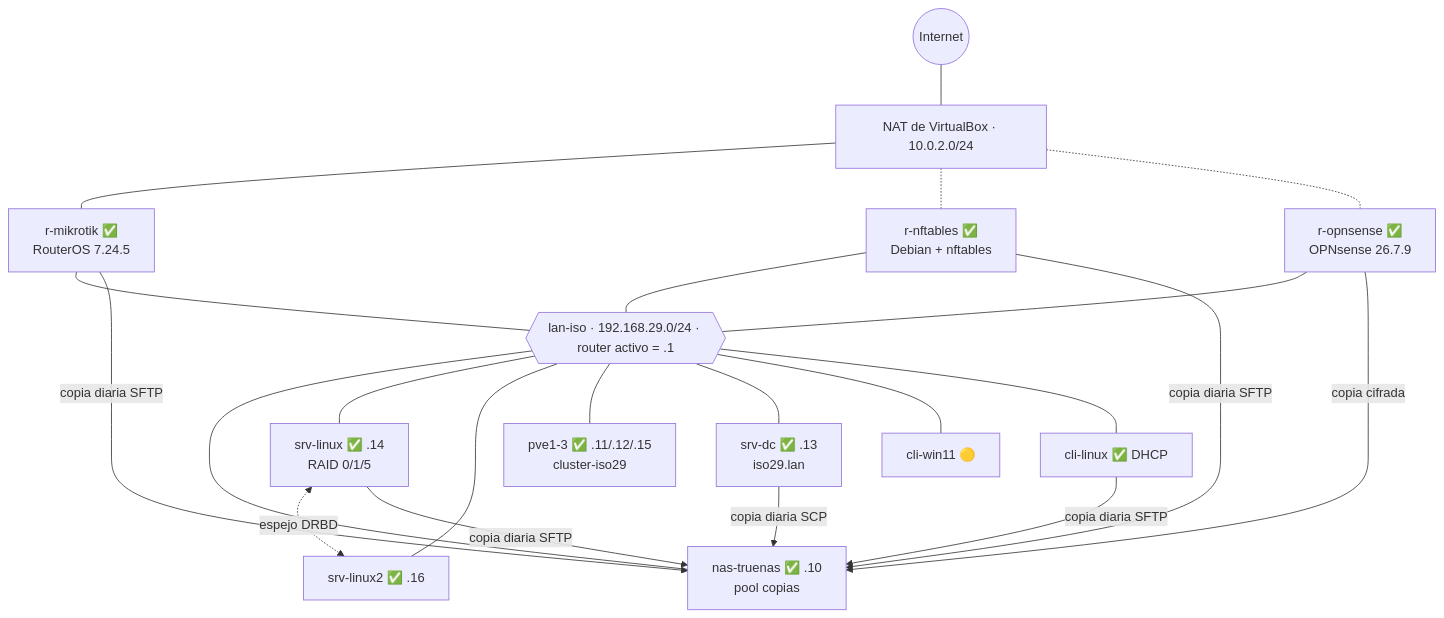
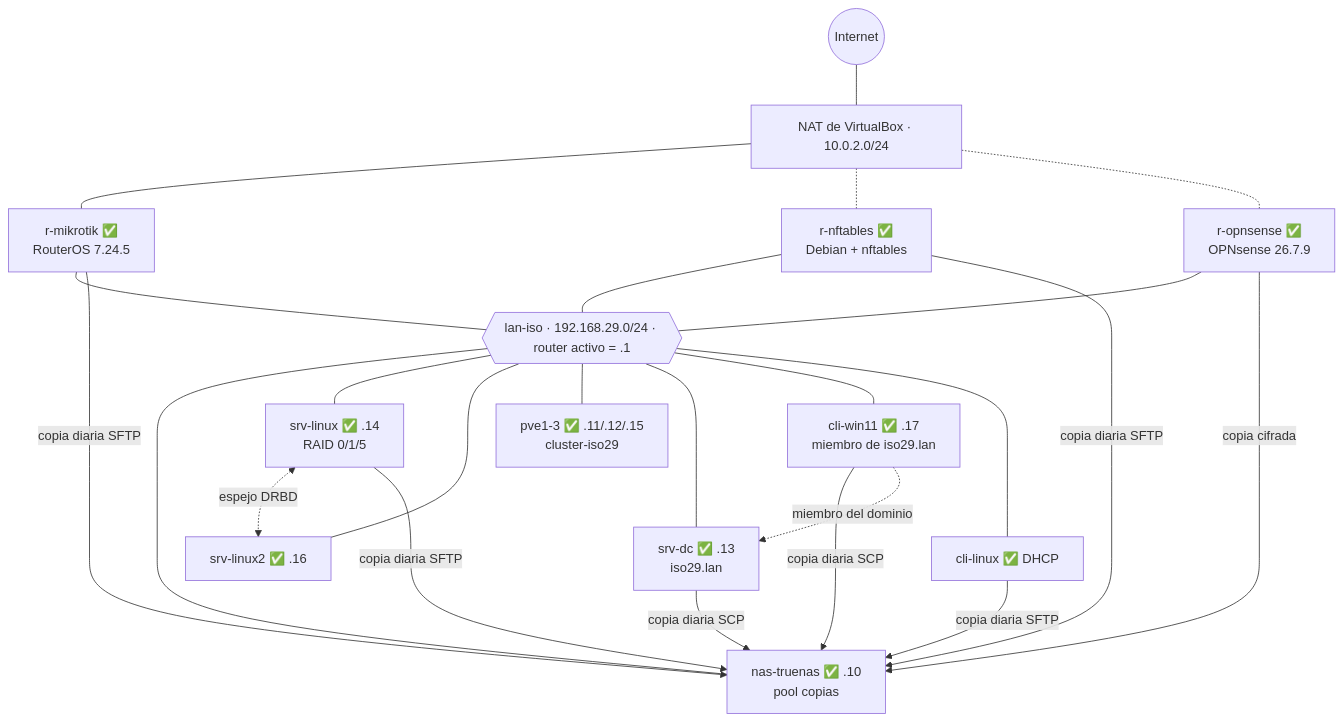
Before and after one commit to mau550/ASIX-THINKLAB-INDIVIDUAL-2026: the diagram in README.md, drawn with Mermaid. The commit also changed other lines of this file and 24 other files, not shown here.

Commit message:
cli-win11: reinstalación desatendida (Win 11 Pro 23H2), IP fija .17, unión a iso29.lan y copia diaria al NAS; a231 Proxmox al NAS; autoevaluación 80/96

````diff
--- a/README.md
+++ b/README.md
@@ -22,22 +22,24 @@
 ```mermaid
 flowchart TB
     INET((Internet)) --- NAT["NAT de VirtualBox · 10.0.2.0/24"]
     NAT --- MK["r-mikrotik ✅<br/>RouterOS 7.24.5"]
     NAT -.- NFT["r-nftables ✅<br/>Debian + nftables"]
     NAT -.- OPN["r-opnsense ✅<br/>OPNsense 26.7.9"]
     MK & NFT & OPN --- LAN{{"lan-iso · 192.168.29.0/24 · router activo = .1"}}
     LAN --- NAS["nas-truenas ✅ .10<br/>pool copias"]
     LAN --- SRV["srv-linux ✅ .14<br/>RAID 0/1/5"]
     LAN --- SRV2["srv-linux2 ✅ .16"]
     SRV <-. "espejo DRBD" .-> SRV2
     LAN --- PVE["pve1-3 ✅ .11/.12/.15<br/>cluster-iso29"]
     LAN --- DC["srv-dc ✅ .13<br/>iso29.lan"]
-    LAN --- CW["cli-win11 🟡"]
+    LAN --- CW["cli-win11 ✅ .17<br/>miembro de iso29.lan"]
     LAN --- CL["cli-linux ✅ DHCP"]
     SRV -- "copia diaria SFTP" --> NAS
     NFT -- "copia diaria SFTP" --> NAS
     MK -- "copia diaria SFTP" --> NAS
     DC -- "copia diaria SCP" --> NAS
     CL -- "copia diaria SFTP" --> NAS
+    CW -- "copia diaria SCP" --> NAS
+    CW -. "miembro del dominio" .-> DC
     OPN -- "copia cifrada" --> NAS
 ```
````
